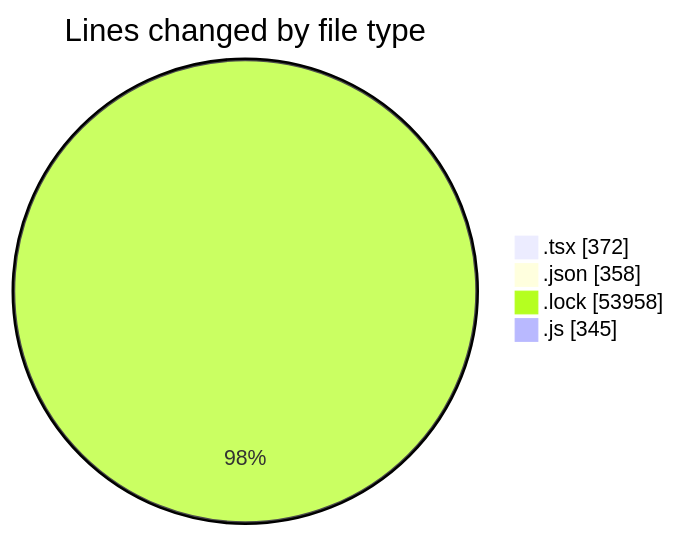
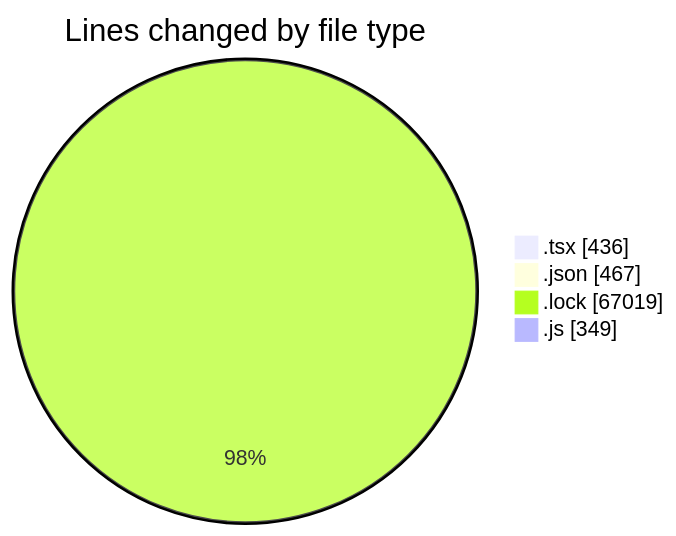
One commit to momahboobian/code-tracking changed the first of 2 diagrams in 2025-03-10/cda/README.md. Above: the diagram before and after it, drawn with Mermaid. The commit also changed other lines of this file and 1 other file, not shown here.

````diff
--- a/2025-03-10/cda/README.md
+++ b/2025-03-10/cda/README.md
@@ -33,8 +37,8 @@
 ```mermaid
 pie showData
 title Lines changed by file type
-".tsx" : 372
-".json" : 358
-".lock" : 53958
-".js" : 345
+".tsx" : 436
+".json" : 467
+".lock" : 67019
+".js" : 349
 ```
````
